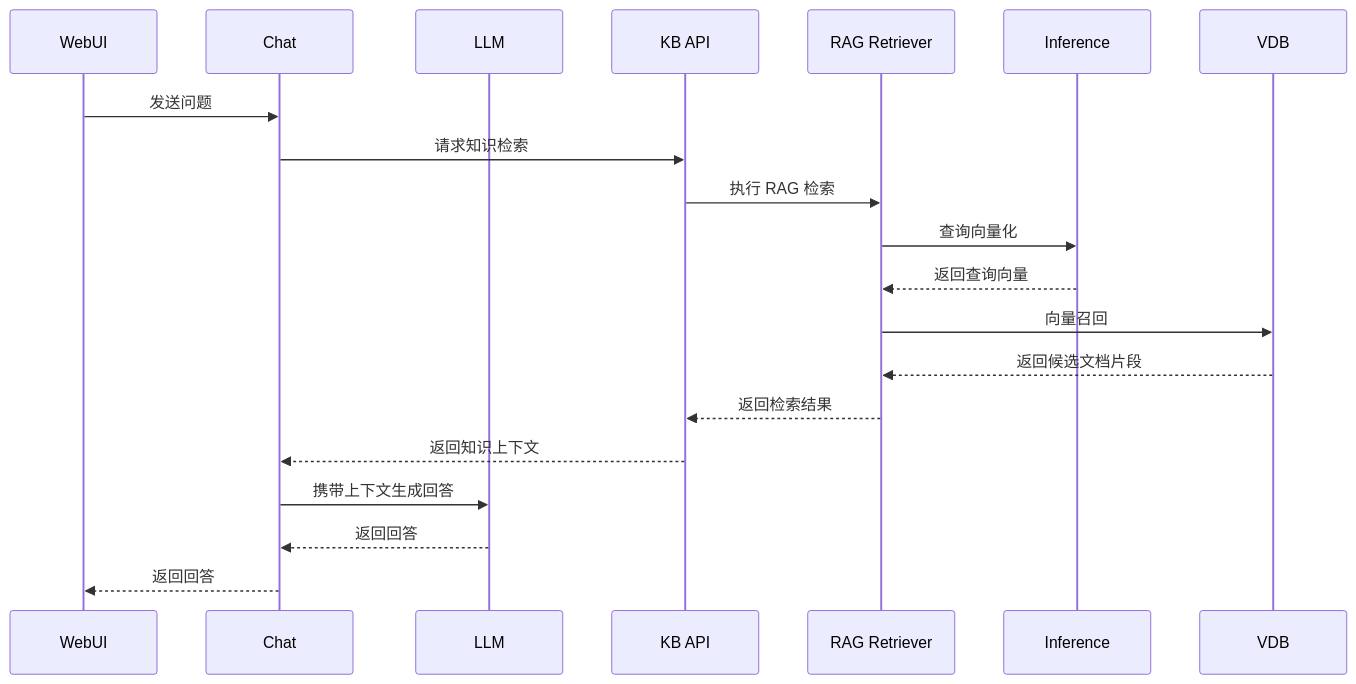
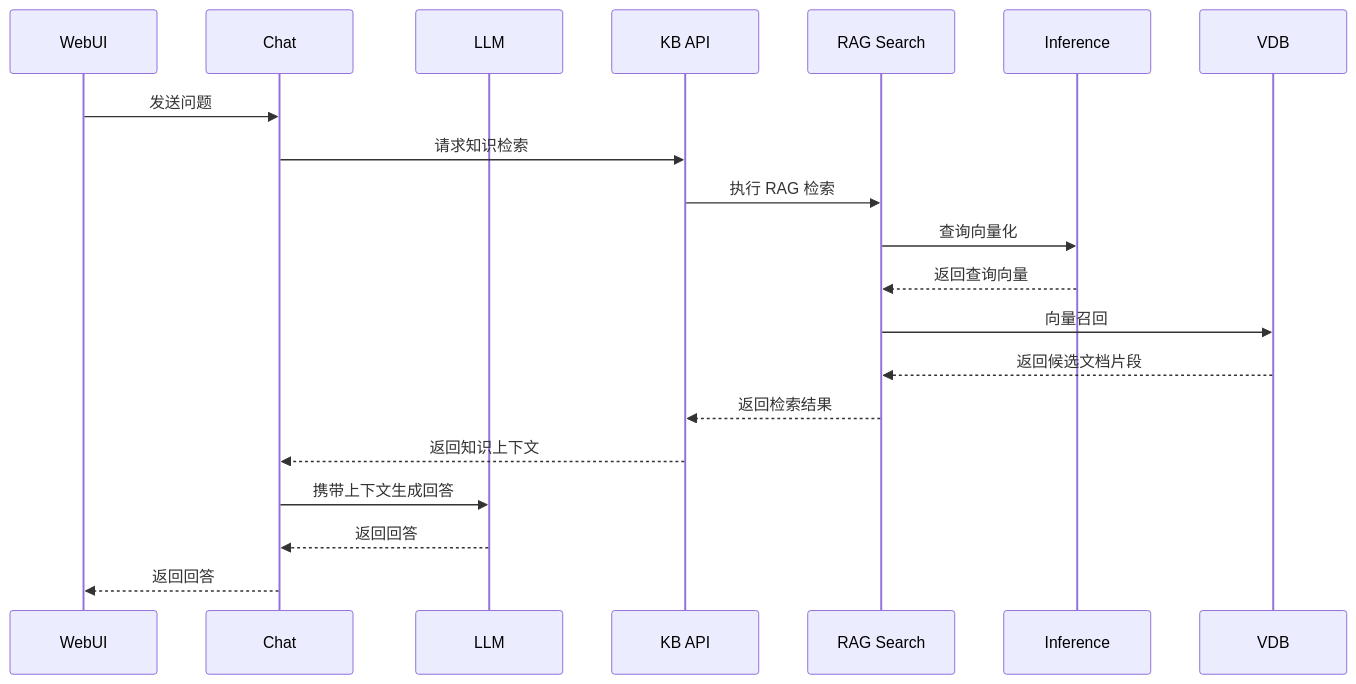
One commit to guobinqiu/kb changed the fourth of 4 diagrams in docs/interaction-design.md. Above: the diagram before and after it, drawn with Mermaid. The commit also changed other lines of this file and 155 other files, not shown here.

````diff
--- a/docs/interaction-design.md
+++ b/docs/interaction-design.md
@@ -191,23 +189,23 @@
 ```mermaid
 sequenceDiagram
     participant WebUI
     participant Chat
     participant LLM
     participant KBAPI as KB API
-    participant Retriever as RAG Retriever
+    participant Search as RAG Search
     participant Inference
     participant VDB
 
     WebUI->>Chat: 发送问题
     Chat->>KBAPI: 请求知识检索
-    KBAPI->>Retriever: 执行 RAG 检索
-    Retriever->>Inference: 查询向量化
-    Inference-->>Retriever: 返回查询向量
-    Retriever->>VDB: 向量召回
-    VDB-->>Retriever: 返回候选文档片段
-    Retriever-->>KBAPI: 返回检索结果
+    KBAPI->>Search: 执行 RAG 检索
+    Search->>Inference: 查询向量化
+    Inference-->>Search: 返回查询向量
+    Search->>VDB: 向量召回
+    VDB-->>Search: 返回候选文档片段
+    Search-->>KBAPI: 返回检索结果
     KBAPI-->>Chat: 返回知识上下文
     Chat->>LLM: 携带上下文生成回答
     LLM-->>Chat: 返回回答
     Chat-->>WebUI: 返回回答
 ```
````
